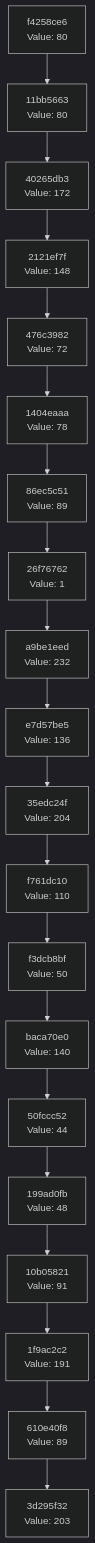
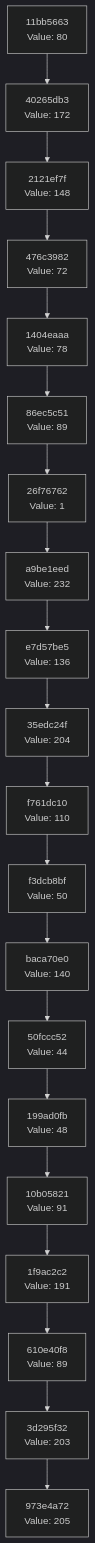
Before and after one commit to Abhisheksinha1506/hash-chain-evolver: the diagram in docs/CHAIN_VISUALIZATION.md, drawn with Mermaid (dark theme). The commit also changed 2 other files, not shown here.

Commit message:
Evolution step: hash 0xCD → action executed

````diff
--- a/docs/CHAIN_VISUALIZATION.md
+++ b/docs/CHAIN_VISUALIZATION.md
@@ -3,42 +3,42 @@
 ```mermaid
 graph TD
-    C0["3d295f32<br/>Value: 203"]
-    C1["610e40f8<br/>Value: 89"]
+    C0["973e4a72<br/>Value: 205"]
+    C1["3d295f32<br/>Value: 203"]
     C1 --> C0
-    C2["1f9ac2c2<br/>Value: 191"]
+    C2["610e40f8<br/>Value: 89"]
     C2 --> C1
-    C3["10b05821<br/>Value: 91"]
+    C3["1f9ac2c2<br/>Value: 191"]
     C3 --> C2
-    C4["199ad0fb<br/>Value: 48"]
+    C4["10b05821<br/>Value: 91"]
     C4 --> C3
-    C5["50fccc52<br/>Value: 44"]
+    C5["199ad0fb<br/>Value: 48"]
     C5 --> C4
-    C6["baca70e0<br/>Value: 140"]
+    C6["50fccc52<br/>Value: 44"]
     C6 --> C5
-    C7["f3dcb8bf<br/>Value: 50"]
+    C7["baca70e0<br/>Value: 140"]
     C7 --> C6
-    C8["f761dc10<br/>Value: 110"]
+    C8["f3dcb8bf<br/>Value: 50"]
     C8 --> C7
-    C9["35edc24f<br/>Value: 204"]
+    C9["f761dc10<br/>Value: 110"]
     C9 --> C8
-    C10["e7d57be5<br/>Value: 136"]
+    C10["35edc24f<br/>Value: 204"]
     C10 --> C9
-    C11["a9be1eed<br/>Value: 232"]
+    C11["e7d57be5<br/>Value: 136"]
     C11 --> C10
-    C12["26f76762<br/>Value: 1"]
+    C12["a9be1eed<br/>Value: 232"]
     C12 --> C11
-    C13["86ec5c51<br/>Value: 89"]
+    C13["26f76762<br/>Value: 1"]
     C13 --> C12
-    C14["1404eaaa<br/>Value: 78"]
+    C14["86ec5c51<br/>Value: 89"]
     C14 --> C13
-    C15["476c3982<br/>Value: 72"]
+    C15["1404eaaa<br/>Value: 78"]
     C15 --> C14
-    C16["2121ef7f<br/>Value: 148"]
+    C16["476c3982<br/>Value: 72"]
     C16 --> C15
-    C17["40265db3<br/>Value: 172"]
+    C17["2121ef7f<br/>Value: 148"]
     C17 --> C16
-    C18["11bb5663<br/>Value: 80"]
+    C18["40265db3<br/>Value: 172"]
     C18 --> C17
-    C19["f4258ce6<br/>Value: 80"]
+    C19["11bb5663<br/>Value: 80"]
     C19 --> C18
 ```
````
